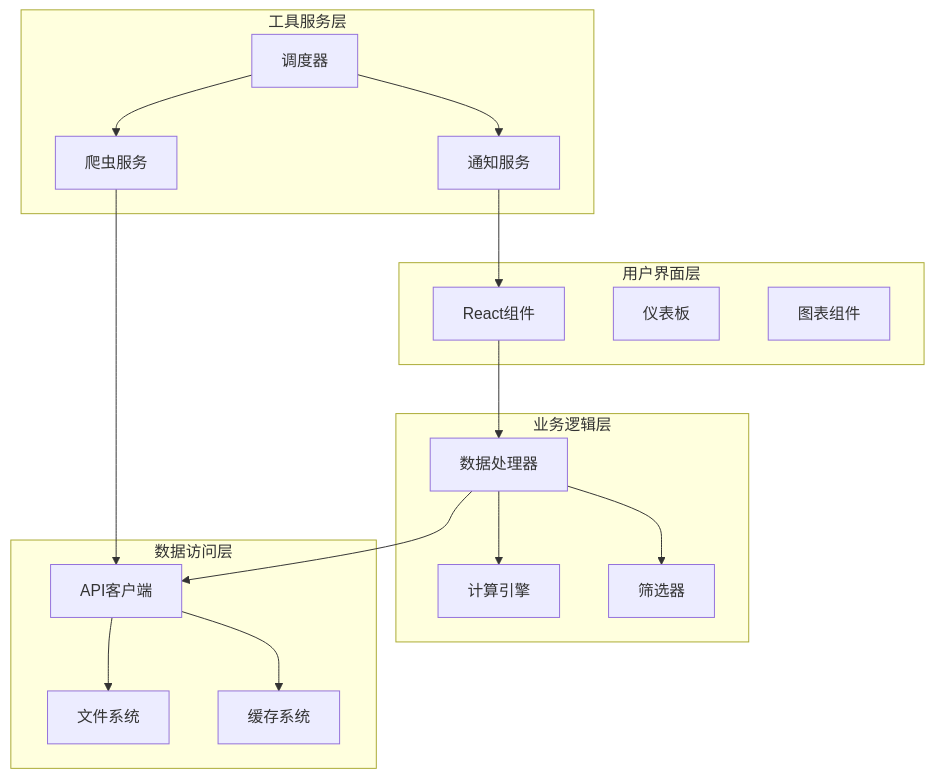
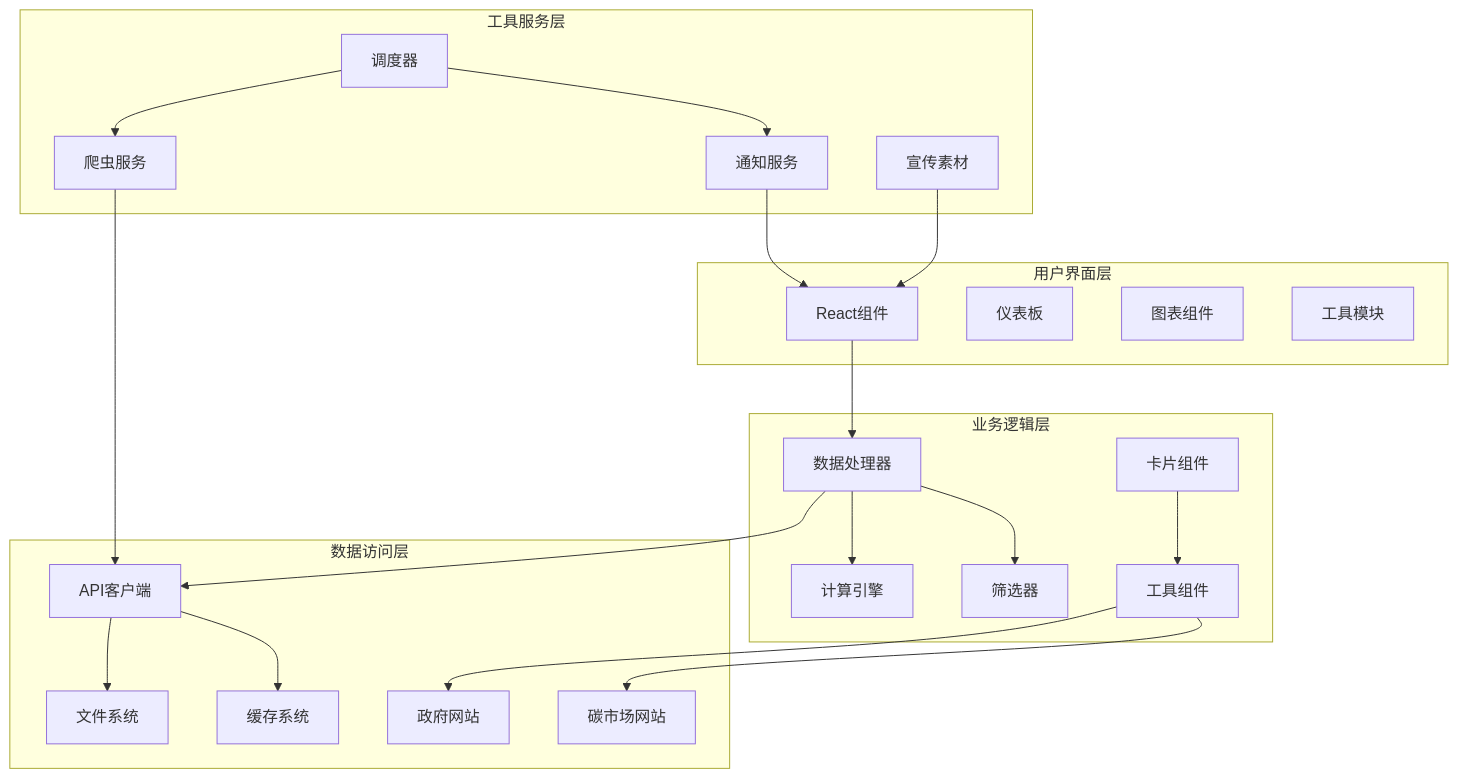
One commit to liangxuanliang-cmd/carbon-info-agent changed the second of 11 diagrams in .qoder/repowiki/zh/content/功能模块/工具模块.md. Above: the diagram before and after it, drawn with Mermaid. The commit also changed other lines of this file and 33 other files, not shown here.

````diff
--- a/.qoder/repowiki/zh/content/功能模块/工具模块.md
+++ b/.qoder/repowiki/zh/content/功能模块/工具模块.md
@@ -156,33 +159,43 @@
 ```mermaid
 graph TB
 subgraph "用户界面层"
 UI[React组件]
 Dashboard[仪表板]
 Charts[图表组件]
+Tools[工具模块]
 end
 subgraph "业务逻辑层"
 DataProcessor[数据处理器]
 Calculator[计算引擎]
 Filter[筛选器]
+SectionCard[卡片组件]
+ToolsSection[工具组件]
 end
 subgraph "数据访问层"
 APIClient[API客户端]
 FileSystem[文件系统]
 Cache[缓存系统]
+GovernmentSites[政府网站]
+CarbonMarkets[碳市场网站]
 end
 subgraph "工具服务层"
 Crawler[爬虫服务]
 Scheduler[调度器]
 Notifier[通知服务]
+PromoMaterials[宣传素材]
 end
 UI --> DataProcessor
 DataProcessor --> Calculator
 DataProcessor --> Filter
 DataProcessor --> APIClient
+SectionCard --> ToolsSection
+ToolsSection --> GovernmentSites
+ToolsSection --> CarbonMarkets
 APIClient --> FileSystem
 APIClient --> Cache
 Scheduler --> Crawler
 Scheduler --> Notifier
 Crawler --> APIClient
 Notifier --> UI
+PromoMaterials --> UI
 ```
````
